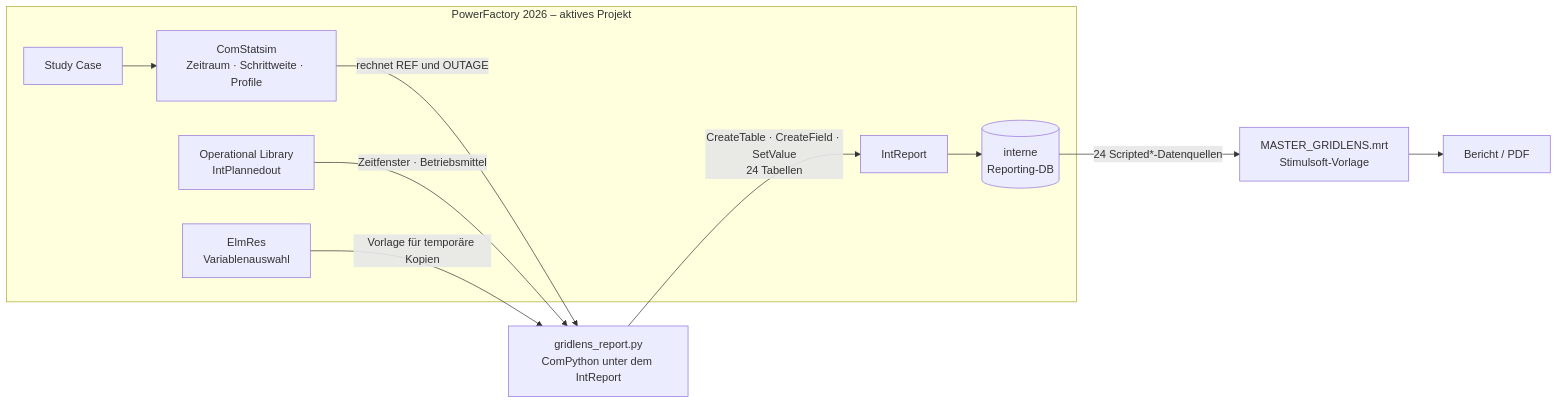
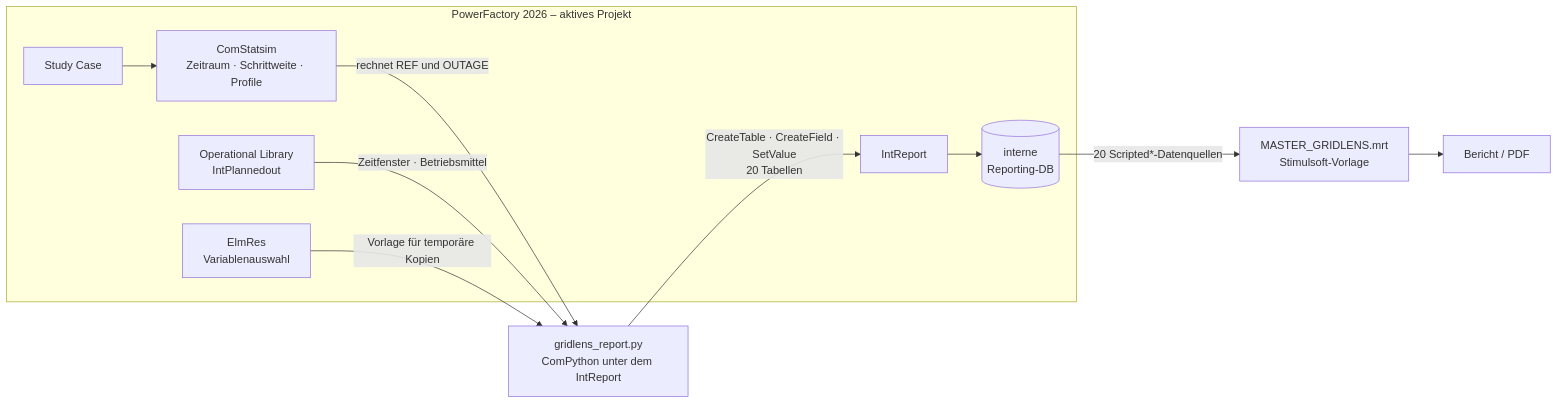
Before and after one commit to hadiibrahim-Engin/gridlens-powerfactory: the first of 8 diagrams in BIG_PICTURE.md, drawn with Mermaid. The commit also changed other lines of this file and 7 other files, not shown here.

````diff
--- a/BIG_PICTURE.md
+++ b/BIG_PICTURE.md
@@ -23,24 +23,24 @@
 ```mermaid
 flowchart LR
     subgraph PF["PowerFactory 2026 – aktives Projekt"]
         SC["Study Case"]
         QDS["ComStatsim<br/>Zeitraum · Schrittweite · Profile"]
         OUT["Operational Library<br/>IntPlannedout"]
         RES["ElmRes<br/>Variablenauswahl"]
         REP["IntReport"]
         DB[("interne<br/>Reporting-DB")]
     end
 
     PY["gridlens_report.py<br/>ComPython unter dem IntReport"]
     MRT["MASTER_GRIDLENS.mrt<br/>Stimulsoft-Vorlage"]
     PDF["Bericht / PDF"]
 
     SC --> QDS
     QDS -- "rechnet REF und OUTAGE" --> PY
     OUT -- "Zeitfenster · Betriebsmittel" --> PY
     RES -- "Vorlage für temporäre Kopien" --> PY
-    PY -- "CreateTable · CreateField · SetValue<br/>24 Tabellen" --> REP
+    PY -- "CreateTable · CreateField · SetValue<br/>20 Tabellen" --> REP
     REP --> DB
-    DB -- "24 Scripted*-Datenquellen" --> MRT
+    DB -- "20 Scripted*-Datenquellen" --> MRT
     MRT --> PDF
 ```
````
